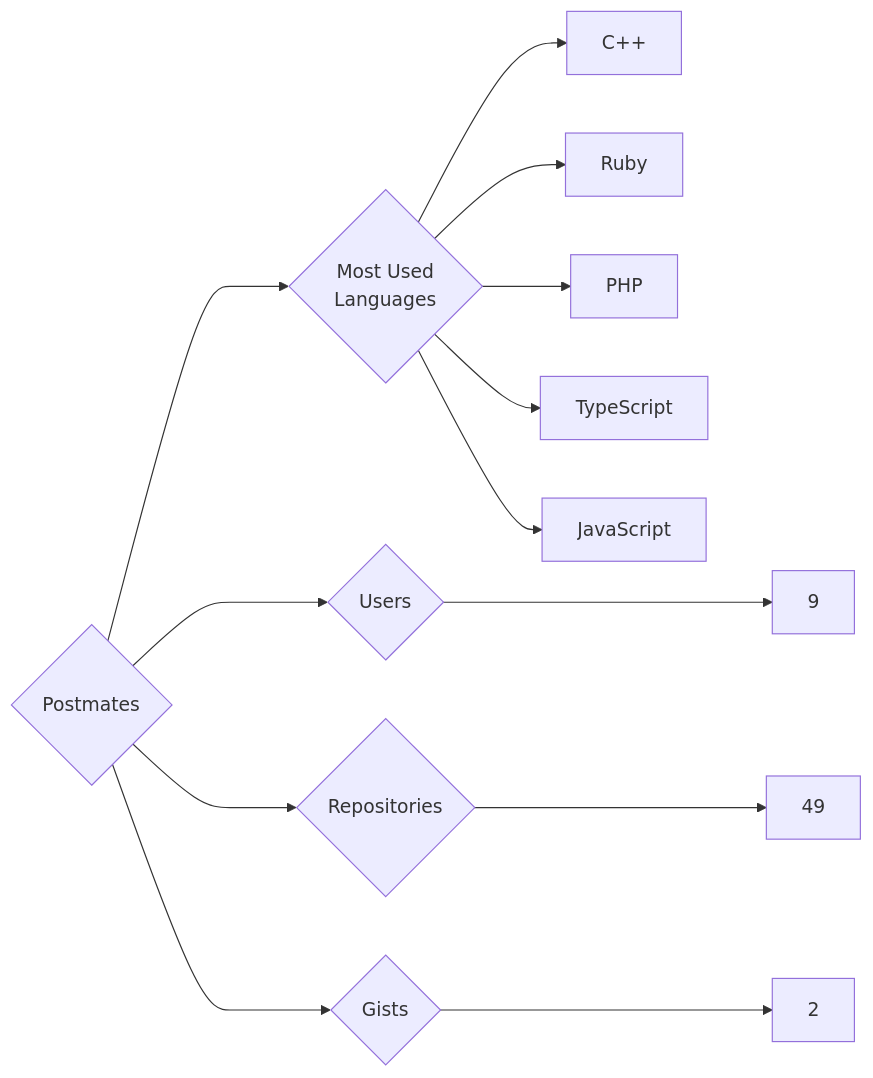
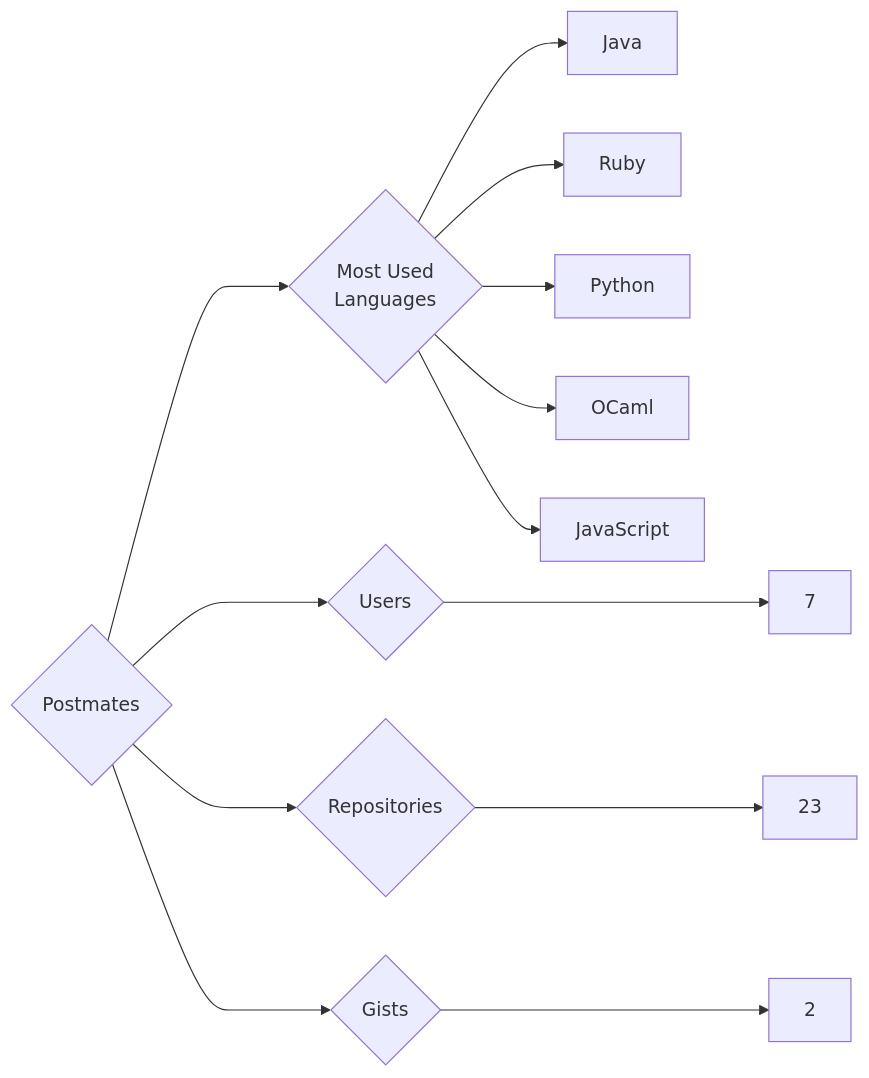
The diagram in targets/Postmates/README.md (trickest/insiders), drawn with Mermaid before and after one commit. The commit also changed 939 other files, not shown here.

````diff
--- a/targets/Postmates/README.md
+++ b/targets/Postmates/README.md
@@ -3,13 +3,13 @@
 ```mermaid
 graph LR
 COMPANY_NAME{Postmates}
-COMPANY_NAME ---> U{Users} ---> UN[9]
-COMPANY_NAME ---> R{Repositories} ---> RN[49]
+COMPANY_NAME ---> U{Users} ---> UN[7]
+COMPANY_NAME ---> R{Repositories} ---> RN[23]
 COMPANY_NAME ---> G{Gists} ---> GN[2]
 COMPANY_NAME ---> ML{Most Used<br>Languages}
-ML --> C++[C++]
+ML --> Java[Java]
 ML --> Ruby[Ruby]
-ML --> PHP[PHP]
-ML --> TypeScript[TypeScript]
+ML --> Python[Python]
+ML --> OCaml[OCaml]
 ML --> JavaScript[JavaScript]
 ```
````
